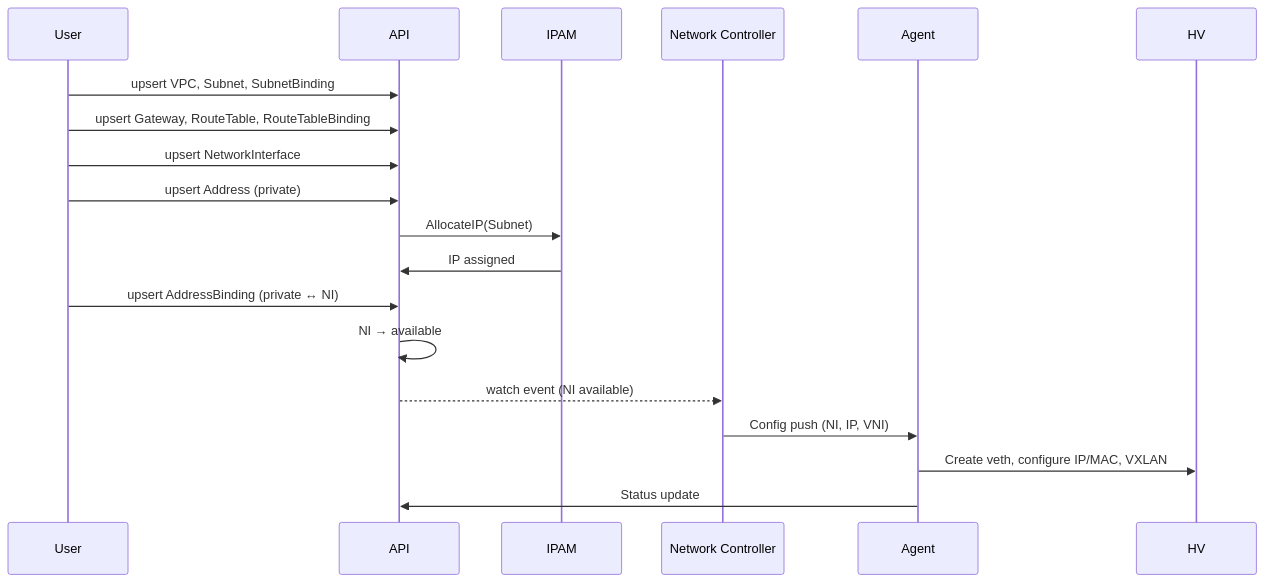
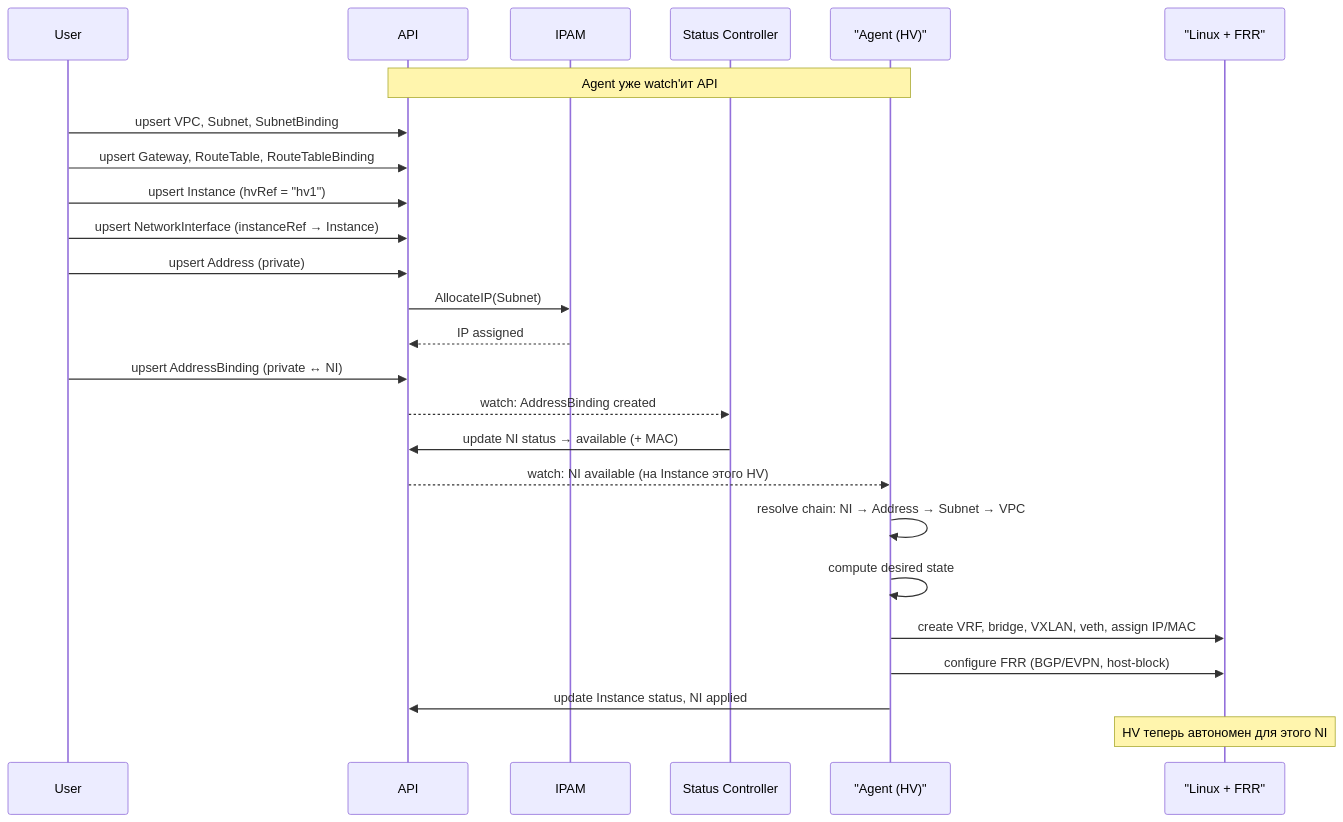
One commit to PRO-Robotech/in-cloud-vpc changed the third of 3 diagrams in README.md. Above: the diagram before and after it, drawn with Mermaid. The commit also changed other lines of this file and 3 other files, not shown here.

````diff
--- a/README.md
+++ b/README.md
@@ -542,22 +578,31 @@
 ```mermaid
 sequenceDiagram
     participant User
     participant API
     participant IPAM
-    participant NetCtrl as Network Controller
-    participant Agent
-    participant HV
+    participant StatusCtrl as Status Controller
+    participant Agent as "Agent (HV)"
+    participant Kernel as "Linux + FRR"
+
+    Note over Agent,API: Agent уже watch'ит API
 
     User->>API: upsert VPC, Subnet, SubnetBinding
     User->>API: upsert Gateway, RouteTable, RouteTableBinding
-    User->>API: upsert NetworkInterface
+    User->>API: upsert Instance (hvRef = "hv1")
+    User->>API: upsert NetworkInterface (instanceRef → Instance)
     User->>API: upsert Address (private)
     API->>IPAM: AllocateIP(Subnet)
-    IPAM->>API: IP assigned
+    IPAM-->>API: IP assigned
     User->>API: upsert AddressBinding (private ↔ NI)
-    API->>API: NI → available
-    API-->>NetCtrl: watch event (NI available)
-    NetCtrl->>Agent: Config push (NI, IP, VNI)
-    Agent->>HV: Create veth, configure IP/MAC, VXLAN
-    Agent->>API: Status update
+    API-->>StatusCtrl: watch: AddressBinding created
+    StatusCtrl->>API: update NI status → available (+ MAC)
+
+    API-->>Agent: watch: NI available (на Instance этого HV)
+    Agent->>Agent: resolve chain: NI → Address → Subnet → VPC
+    Agent->>Agent: compute desired state
+    Agent->>Kernel: create VRF, bridge, VXLAN, veth, assign IP/MAC
+    Agent->>Kernel: configure FRR (BGP/EVPN, host-block)
+    Agent->>API: update Instance status, NI applied
+
+    Note over Kernel: HV теперь автономен для этого NI
 ```
````
